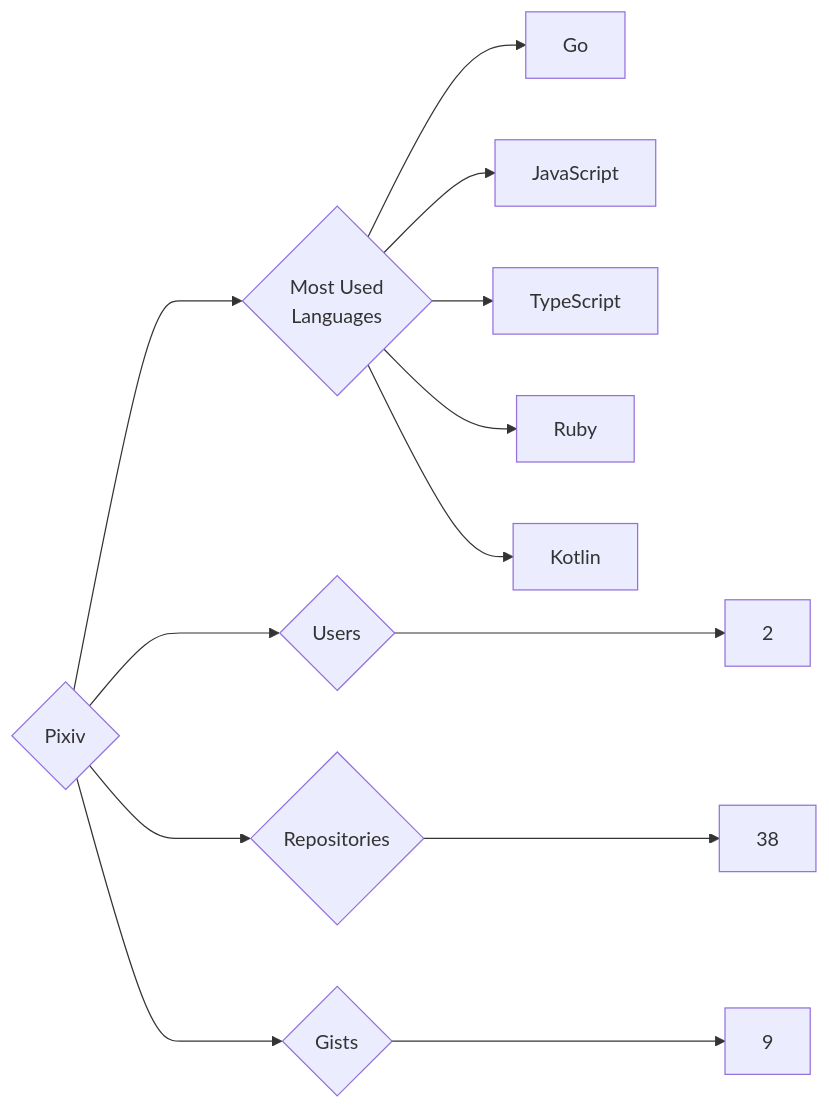
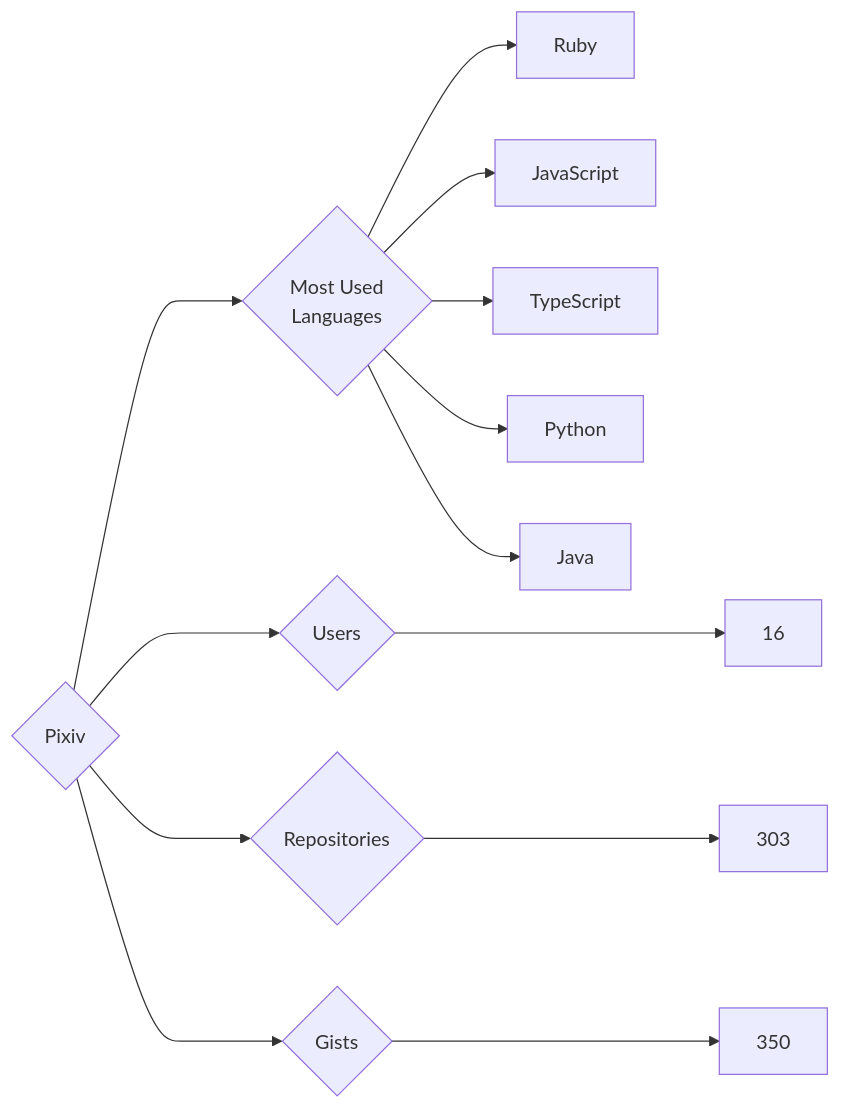
One commit to trickest/insiders changed the diagram in targets/Pixiv/README.md. Above: the diagram before and after it, drawn with Mermaid. The commit also changed 1479 other files, not shown here.

````diff
--- a/targets/Pixiv/README.md
+++ b/targets/Pixiv/README.md
@@ -3,13 +3,13 @@
 ```mermaid
 graph LR
 COMPANY_NAME{Pixiv}
-COMPANY_NAME ---> U{Users} ---> UN[2]
-COMPANY_NAME ---> R{Repositories} ---> RN[38]
-COMPANY_NAME ---> G{Gists} ---> GN[9]
+COMPANY_NAME ---> U{Users} ---> UN[16]
+COMPANY_NAME ---> R{Repositories} ---> RN[303]
+COMPANY_NAME ---> G{Gists} ---> GN[350]
 COMPANY_NAME ---> ML{Most Used<br>Languages}
-ML --> Go[Go]
+ML --> Ruby[Ruby]
 ML --> JavaScript[JavaScript]
 ML --> TypeScript[TypeScript]
-ML --> Ruby[Ruby]
-ML --> Kotlin[Kotlin]
+ML --> Python[Python]
+ML --> Java[Java]
 ```
````
